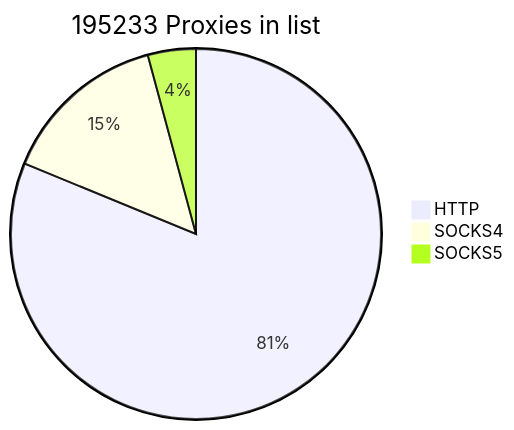
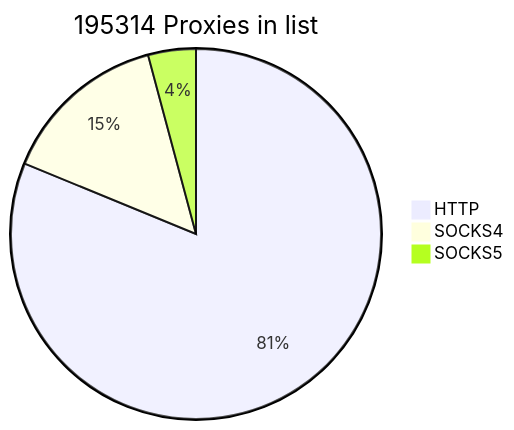
The first of 2 diagrams in README.md (cutipu/proxylist), drawn with Mermaid before and after one commit. The commit also changed other lines of this file, not shown here.

````diff
--- a/README.md
+++ b/README.md
@@ -2,7 +2,7 @@
 ```mermaid
-pie title 195233 Proxies in list
-    "HTTP" : 158545
-    "SOCKS4" : 28508
-    "SOCKS5" : 8180
+pie title 195314 Proxies in list
+    "HTTP" : 158605
+    "SOCKS4" : 28569
+    "SOCKS5" : 8140
             
 ```
````
